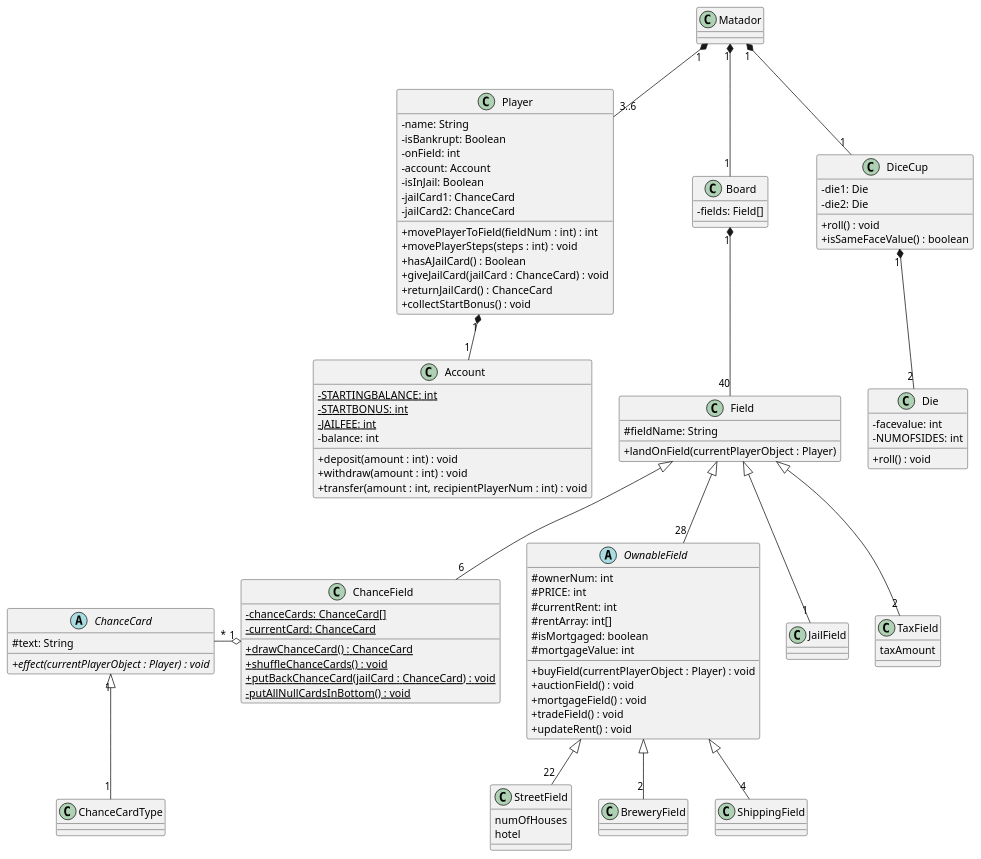
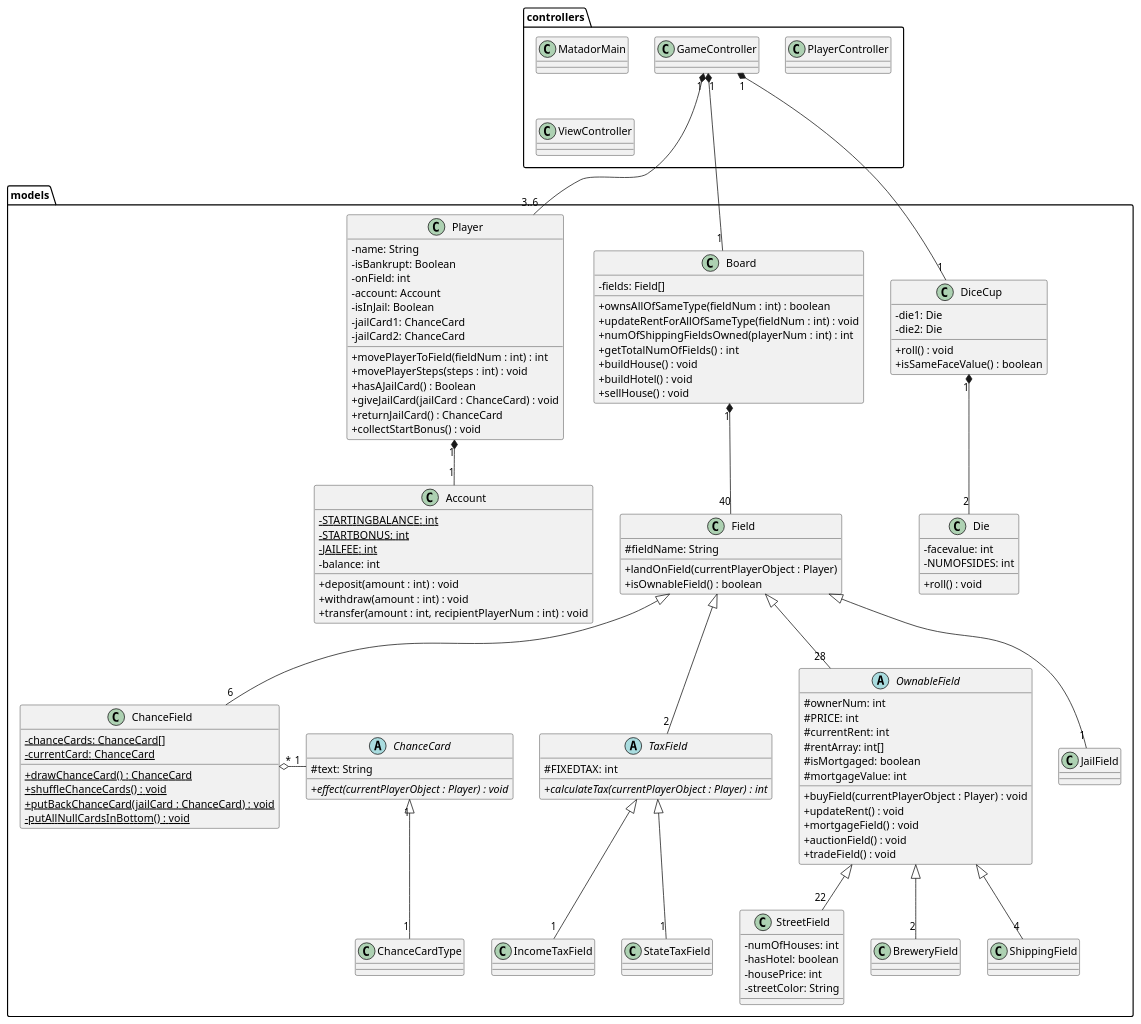
Before and after one commit to GabeKierk889/gruppe-18: the diagram in 18_final/UML/DesignClassDiagram.puml, drawn with PlantUML.

Commit message:
Updated DCD

```diff
--- a/18_final/UML/DesignClassDiagram.puml
+++ b/18_final/UML/DesignClassDiagram.puml
@@ -1,135 +1,178 @@
 @startuml
 'https://plantuml.com/class-diagram
 skinparam classAttributeIconSize 0
+package controllers {
 
-class Matador {
+class MatadorMain {
 
 }
+
+class GameController {
+
+}
+
+class PlayerController {
+
+}
+
+class ViewController {
+
+}
+
+}
+
+package models {
 
 class Player {
     -name: String
     -isBankrupt: Boolean
     -onField: int
     -account: Account
     -isInJail: Boolean
     -jailCard1: ChanceCard
     -jailCard2: ChanceCard
 
     +movePlayerToField(fieldNum : int) : int
     +movePlayerSteps(steps : int) : void
     +hasAJailCard() : Boolean
     +giveJailCard(jailCard : ChanceCard) : void
     +returnJailCard() : ChanceCard
     +collectStartBonus() : void
 }
 
 class Board {
     -fields: Field[]
+
+    +ownsAllOfSameType(fieldNum : int) : boolean
+    +updateRentForAllOfSameType(fieldNum : int) : void
+    +numOfShippingFieldsOwned(playerNum : int) : int
+    +getTotalNumOfFields() : int
+    +buildHouse() : void
+    +buildHotel() : void
+    +sellHouse() : void
 }
 
 class Field {
     #fieldName: String
 
     +landOnField(currentPlayerObject : Player)
+    +isOwnableField() : boolean
 }
 
 class Account {
     {static} -STARTINGBALANCE: int
     {static} -STARTBONUS: int
     {static} -JAILFEE: int
     -balance: int
 
     +deposit(amount : int) : void
     +withdraw(amount : int) : void
     +transfer(amount : int, recipientPlayerNum : int) : void
 }
 
 class DiceCup {
     -die1: Die
     -die2: Die
 
     +roll() : void
     +isSameFaceValue() : boolean
 }
 
 class Die {
     -facevalue: int
     -NUMOFSIDES: int
 
     +roll() : void
 }
 
 class ChanceCardType {
 
 }
 
 abstract class ChanceCard {
     #text: String
 
     {abstract}+effect(currentPlayerObject : Player) : void
 }
 
 abstract class OwnableField {
         #ownerNum: int
         #PRICE: int
         #currentRent: int
         #rentArray: int[]
         #isMortgaged: boolean
         #mortgageValue: int
 
         +buyField(currentPlayerObject : Player) : void
+        +updateRent() : void
+        +mortgageField() : void
         +auctionField() : void
-        +mortgageField() : void
         +tradeField() : void
-        +updateRent() : void
 }
 
 class StreetField {
-    numOfHouses
-    hotel
+    -numOfHouses: int
+    -hasHotel: boolean
+    -housePrice: int
+    -streetColor: String
+
 }
 
 class BreweryField {
 
 }
 
 class ShippingField {
 
 }
 
 class ChanceField {
     {static}-chanceCards: ChanceCard[]
     {static}-currentCard: ChanceCard
 
     {static}+drawChanceCard() : ChanceCard
     {static}+shuffleChanceCards() : void
     {static}+putBackChanceCard(jailCard : ChanceCard) : void
     {static}-putAllNullCardsInBottom() : void
 }
 
 class JailField {
 
 }
 
-class TaxField {
-    taxAmount
+abstract class TaxField {
+    #FIXEDTAX: int
+
+    {abstract}+calculateTax(currentPlayerObject : Player) : int
 }
 
-Matador "1" *-- "1" Board
-Matador "1" *-- "1" DiceCup
-Matador "1" *-- "3..6" Player
+class StateTaxField {
+
+}
+
+class IncomeTaxField {
+
+}
+
+}
+
+GameController "1" *--- "1" Board
+GameController "1" *--- "1" DiceCup
+GameController "1" *--- "3..6" Player
 Player "1" *-- "1" Account
 Board "1" *-- "40" Field
 OwnableField <|-- "22" StreetField
 Field <|-- "6" ChanceField
 Field <|-- "1" JailField
-ChanceCard "*" -o "1" ChanceField
+ChanceField "*" o- "1" ChanceCard
 ChanceCard "1" <|-- "1" ChanceCardType
 DiceCup "1" *-- "2" Die
 Field <|-- "28" OwnableField
 OwnableField <|-- "2" BreweryField
 OwnableField <|-- "4" ShippingField
 Field <|-- "2" TaxField
+TaxField <|-- "1" StateTaxField
+TaxField <|-- "1" IncomeTaxField
 
 
 @enduml
```
